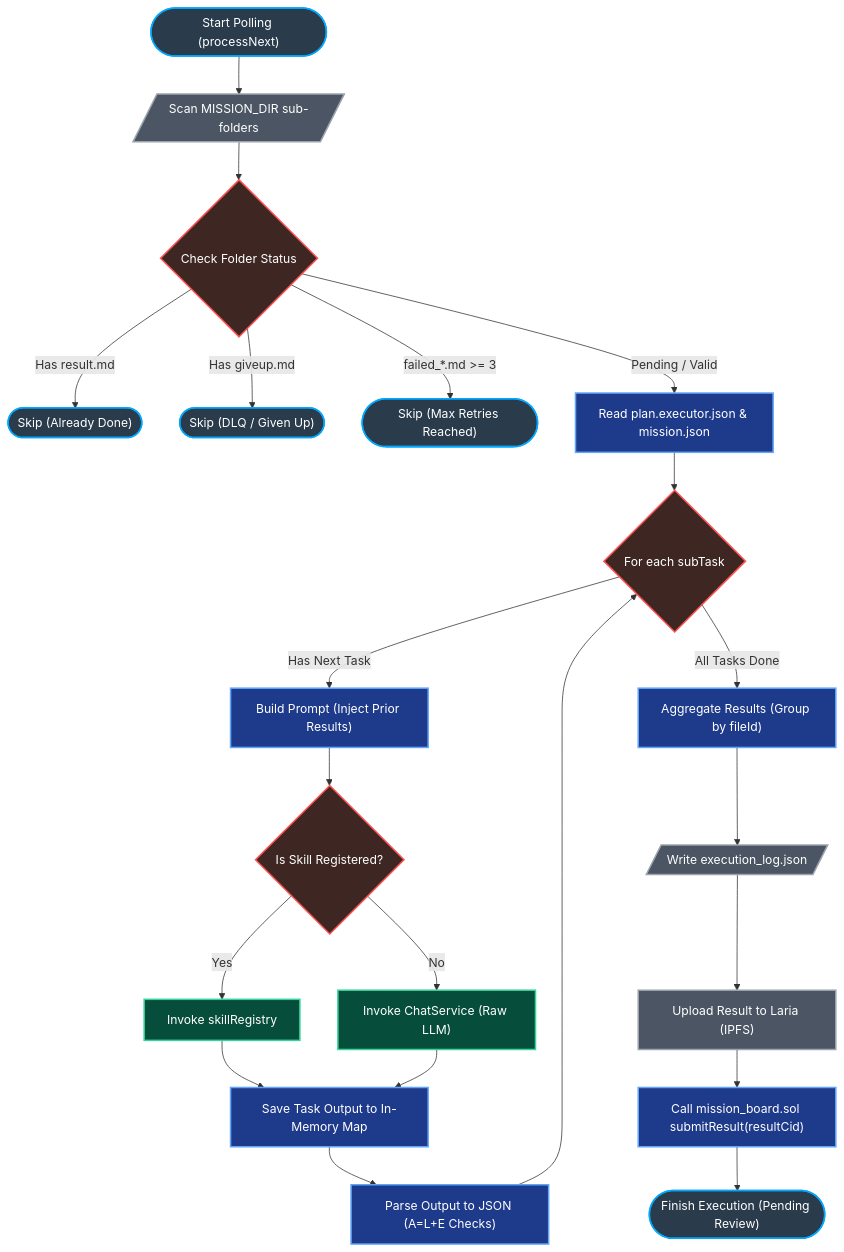
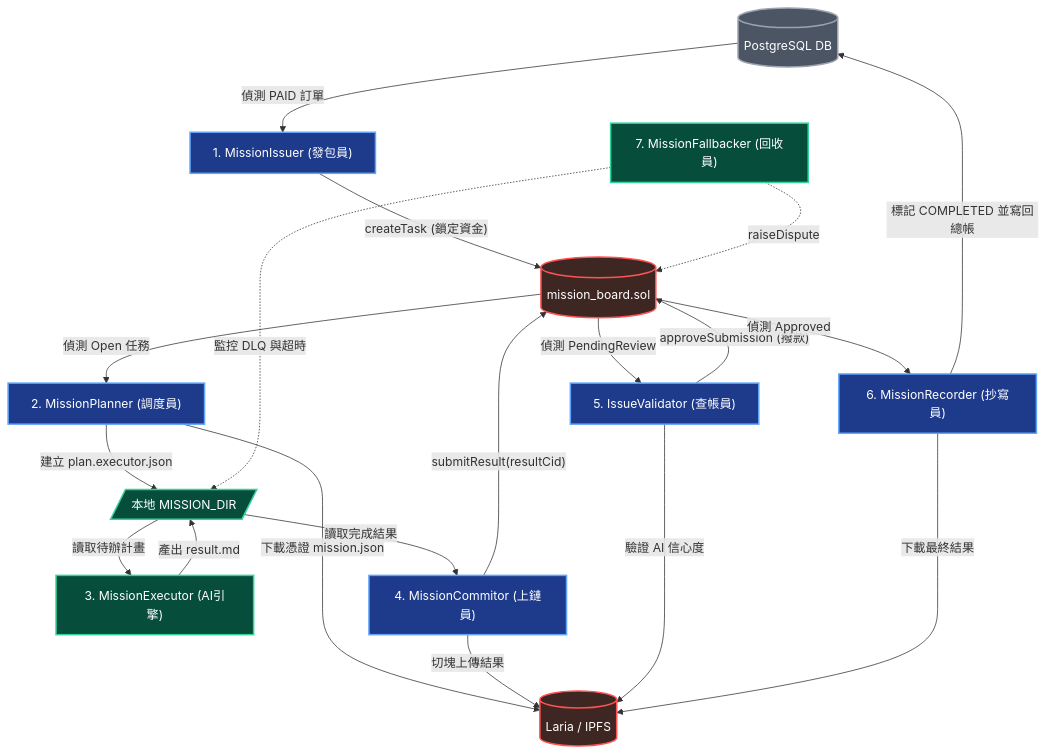
The diagram in documents/architecture/async_workers/00_async_worker_overview.md (CAFECA-IO/iSunFA), drawn with Mermaid before and after one commit. The commit also changed other lines of this file and 3 other files, not shown here.

First line of the commit message:
docs(architecture): purge legacy Web2 terms and document 7-Daemon Web3 orchestrator

````diff
--- a/documents/architecture/async_workers/00_async_worker_overview.md
+++ b/documents/architecture/async_workers/00_async_worker_overview.md
@@ -13,38 +13,47 @@
 ```mermaid
 graph TD
     %% Define Node Styles
-    classDef start_end fill:#2A3B4C,stroke:#00A8FF,stroke-width:2px,color:#fff;
-    classDef decision fill:#3E2723,stroke:#FF5252,stroke-width:2px,color:#fff;
-    classDef process fill:#1E3A8A,stroke:#60A5FA,stroke-width:2px,color:#fff;
-    classDef ai fill:#064E3B,stroke:#34D399,stroke-width:2px,color:#fff;
-    classDef storage fill:#4B5563,stroke:#9CA3AF,stroke-width:2px,color:#fff,shape:cylinder;
+    classDef web2 fill:#4B5563,stroke:#9CA3AF,stroke-width:2px,color:#fff;
+    classDef web3 fill:#1E3A8A,stroke:#60A5FA,stroke-width:2px,color:#fff;
+    classDef local fill:#064E3B,stroke:#34D399,stroke-width:2px,color:#fff;
+    classDef contract fill:#3E2723,stroke:#FF5252,stroke-width:2px,color:#fff,shape:cylinder;
 
-    Start(["Start Polling (processNext)"]):::start_end --> ScanDir[/"Scan MISSION_DIR sub-folders"/]:::storage
+    Web2DB[(PostgreSQL DB)]:::web2
+    MissionBoard[(mission_board.sol)]:::contract
+    IPFS[(Laria / IPFS)]:::contract
+    MissionDir[/"本地 MISSION_DIR"/]:::local
 
-    ScanDir --> CheckFolder{"Check Folder Status"}:::decision
+    Issuer["1. MissionIssuer (發包員)"]:::web3
+    Planner["2. MissionPlanner (調度員)"]:::web3
+    Executor["3. MissionExecutor (AI引擎)"]:::local
+    Commitor["4. MissionCommitor (上鏈員)"]:::web3
+    Validator["5. IssueValidator (查帳員)"]:::web3
+    Recorder["6. MissionRecorder (抄寫員)"]:::web3
+    Fallbacker["7. MissionFallbacker (回收員)"]:::local
 
-    CheckFolder -- "Has result.md" --> Skip1(["Skip (Already Done)"]):::start_end
-    CheckFolder -- "Has giveup.md" --> Skip2(["Skip (DLQ / Given Up)"]):::start_end
-    CheckFolder -- "failed_*.md >= 3" --> Skip3(["Skip (Max Retries Reached)"]):::start_end
-    CheckFolder -- "Pending / Valid" --> ReadPlan["Read plan.executor.json & mission.json"]:::process
+    %% Flow
+    Web2DB -- "偵測 PAID 訂單" --> Issuer
+    Issuer -- "createTask (鎖定資金)" --> MissionBoard
+    
+    MissionBoard -- "偵測 Open 任務" --> Planner
+    Planner -- "下載憑證 mission.json" --> IPFS
+    Planner -- "建立 plan.executor.json" --> MissionDir
 
-    ReadPlan --> LoopStart{"For each subTask"}:::decision
+    MissionDir -- "讀取待辦計畫" --> Executor
+    Executor -- "產出 result.md" --> MissionDir
 
-    LoopStart -- "Has Next Task" --> BuildPrompt["Build Prompt (Inject Prior Results)"]:::process
-    BuildPrompt --> CheckSkill{"Is Skill Registered?"}:::decision
+    MissionDir -- "讀取完成結果" --> Commitor
+    Commitor -- "切塊上傳結果" --> IPFS
+    Commitor -- "submitResult(resultCid)" --> MissionBoard
 
-    CheckSkill -- "Yes" --> InvokeSkill["Invoke skillRegistry"]:::ai
-    CheckSkill -- "No" --> InvokeLLM["Invoke ChatService (Raw LLM)"]:::ai
+    MissionBoard -- "偵測 PendingReview" --> Validator
+    Validator -- "驗證 AI 信心度" --> IPFS
+    Validator -- "approveSubmission (撥款)" --> MissionBoard
 
-    InvokeSkill --> SavePrior["Save Task Output to In-Memory Map"]:::process
-    InvokeLLM --> SavePrior
+    MissionBoard -- "偵測 Approved" --> Recorder
+    Recorder -- "下載最終結果" --> IPFS
+    Recorder -- "標記 COMPLETED 並寫回總帳" --> Web2DB
 
-    SavePrior --> ParseJSON["Parse Output to JSON (A=L+E Checks)"]:::process
-    ParseJSON --> LoopStart
-
-    LoopStart -- "All Tasks Done" --> Aggregation["Aggregate Results (Group by fileId)"]:::process
-    Aggregation --> WriteAudit[/"Write execution_log.json"/]:::storage
-    WriteAudit --> UploadIPFS["Upload Result to Laria (IPFS)"]:::storage
-    UploadIPFS --> SubmitResult["Call mission_board.sol submitResult(resultCid)"]:::process
-    SubmitResult --> End(["Finish Execution (Pending Review)"]):::start_end
+    Fallbacker -. "監控 DLQ 與超時" .-> MissionDir
+    Fallbacker -. "raiseDispute" .-> MissionBoard
 ```
````
